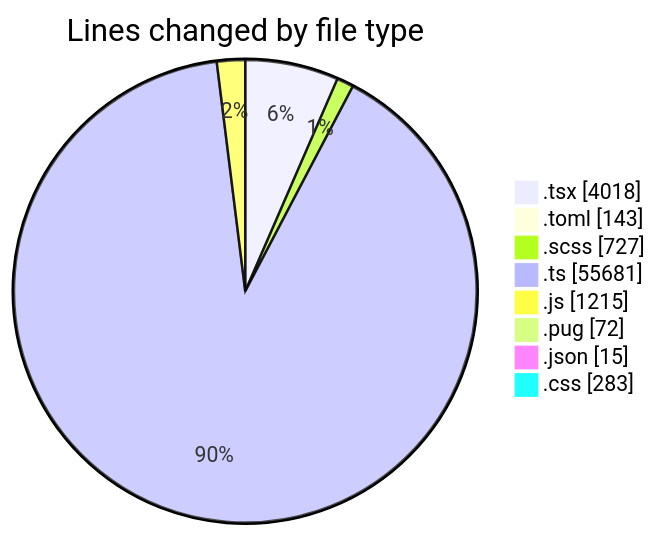
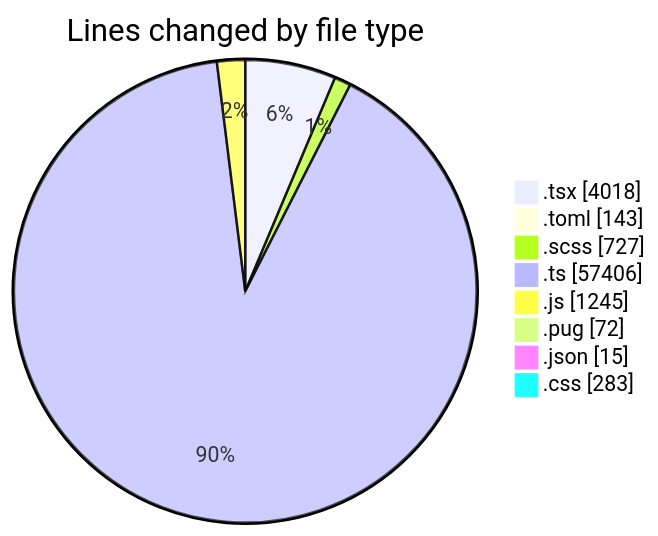
Before and after one commit to momahboobian/code-tracking: the first of 2 diagrams in 2026-11-02/cda/README.md, drawn with Mermaid. The commit also changed other lines of this file and 1 other file, not shown here.

````diff
--- a/2026-11-02/cda/README.md
+++ b/2026-11-02/cda/README.md
@@ -81,12 +81,12 @@
 ```mermaid
 pie showData
 title Lines changed by file type
 ".tsx" : 4018
 ".toml" : 143
 ".scss" : 727
-".ts" : 55681
-".js" : 1215
+".ts" : 57406
+".js" : 1245
 ".pug" : 72
 ".json" : 15
 ".css" : 283
 ```
````
